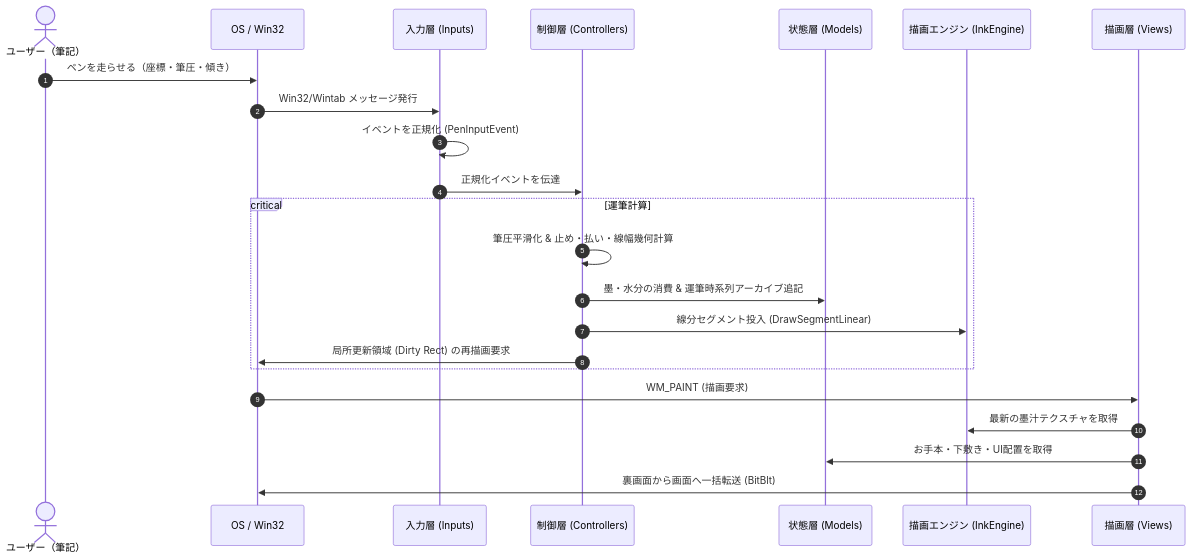
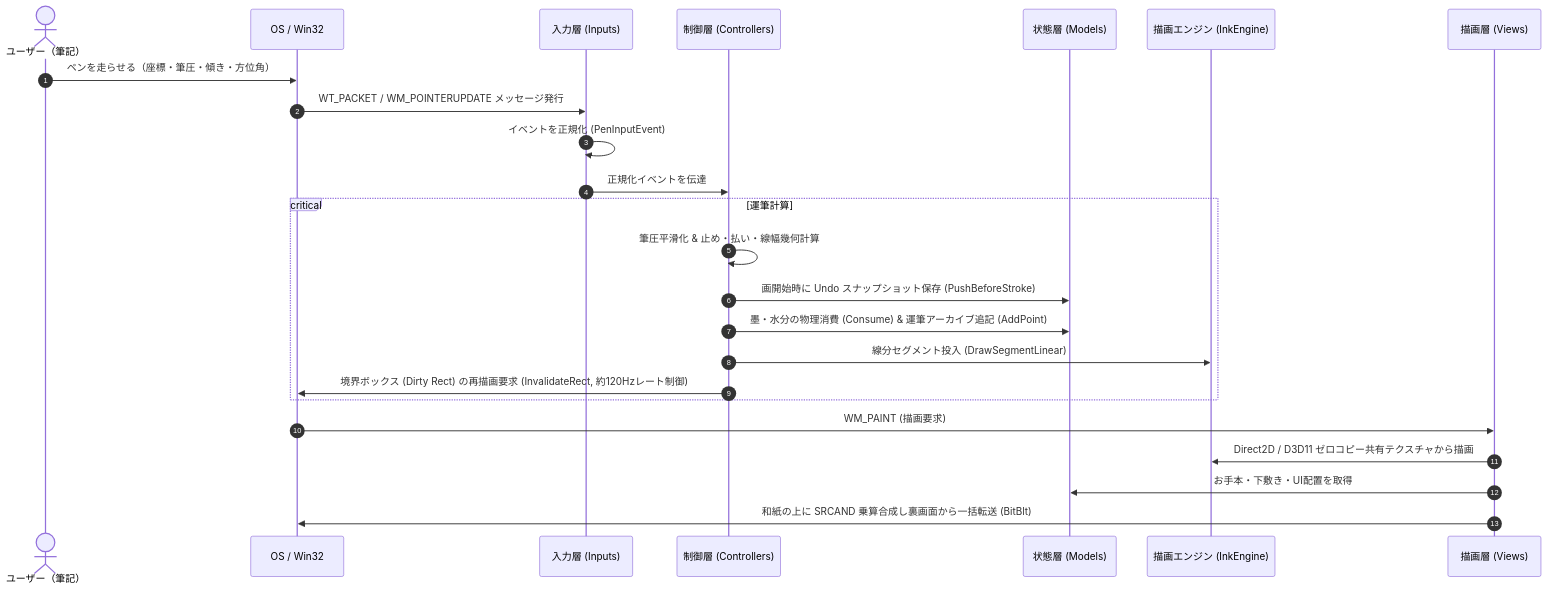
One commit to OkuboKazuki/Fude_Sense changed the second of 2 diagrams in learn/main.md. Above: the diagram before and after it, drawn with Mermaid. The commit also changed other lines of this file and 6 other files, not shown here.

````diff
--- a/learn/main.md
+++ b/learn/main.md
@@ -125,28 +132,29 @@
 ```mermaid
 sequenceDiagram
     autonumber
     actor User as ユーザー（筆記）
     participant OS as OS / Win32
     participant In as 入力層 (Inputs)
     participant Ctrl as 制御層 (Controllers)
     participant Mod as 状態層 (Models)
     participant Ink as 描画エンジン (InkEngine)
     participant View as 描画層 (Views)
 
-    User->>OS: ペンを走らせる（座標・筆圧・傾き）
-    OS->>In: Win32/Wintab メッセージ発行
+    User->>OS: ペンを走らせる（座標・筆圧・傾き・方位角）
+    OS->>In: WT_PACKET / WM_POINTERUPDATE メッセージ発行
     In->>In: イベントを正規化 (PenInputEvent)
     In->>Ctrl: 正規化イベントを伝達
 
     critical 運筆計算
         Ctrl->>Ctrl: 筆圧平滑化 & 止め・払い・線幅幾何計算
-        Ctrl->>Mod: 墨・水分の消費 & 運筆時系列アーカイブ追記
+        Ctrl->>Mod: 画開始時に Undo スナップショット保存 (PushBeforeStroke)
+        Ctrl->>Mod: 墨・水分の物理消費 (Consume) & 運筆アーカイブ追記 (AddPoint)
         Ctrl->>Ink: 線分セグメント投入 (DrawSegmentLinear)
-        Ctrl->>OS: 局所更新領域 (Dirty Rect) の再描画要求
+        Ctrl->>OS: 境界ボックス (Dirty Rect) の再描画要求 (InvalidateRect, 約120Hzレート制御)
     end
 
     OS->>View: WM_PAINT (描画要求)
-    View->>Ink: 最新の墨汁テクスチャを取得
+    View->>Ink: Direct2D / D3D11 ゼロコピー共有テクスチャから描画
     View->>Mod: お手本・下敷き・UI配置を取得
-    View->>OS: 裏画面から画面へ一括転送 (BitBlt)
+    View->>OS: 和紙の上に SRCAND 乗算合成し裏画面から一括転送 (BitBlt)
 ```
````
